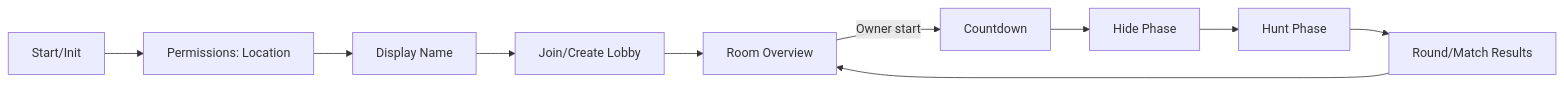
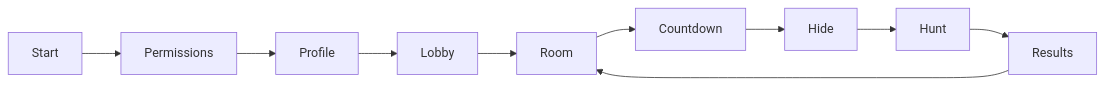
The diagram in docs/06-Client-UX-Flow.md (CodingBase2509/TagGame), drawn with Mermaid before and after one commit. The commit also changed other lines of this file and 107 other files, not shown here.

````diff
--- a/docs/06-Client-UX-Flow.md
+++ b/docs/06-Client-UX-Flow.md
@@ -4,12 +18,4 @@
 ```mermaid
 flowchart LR
-  Start[Start/Init] --> Perms[Permissions: Location]
-  Perms --> Name[Display Name]
-  Name --> Lobby[Join/Create Lobby]
-  Lobby --> Room[Room Overview]
-  Room -->|Owner start| Countdown
-  Countdown --> Hide[Hide Phase]
-  Hide --> Hunt[Hunt Phase]
-  Hunt --> Results[Round/Match Results]
-  Results --> Room
+  Start --> Permissions --> Profile --> Lobby --> Room --> Countdown --> Hide --> Hunt --> Results --> Room
 ```
````
